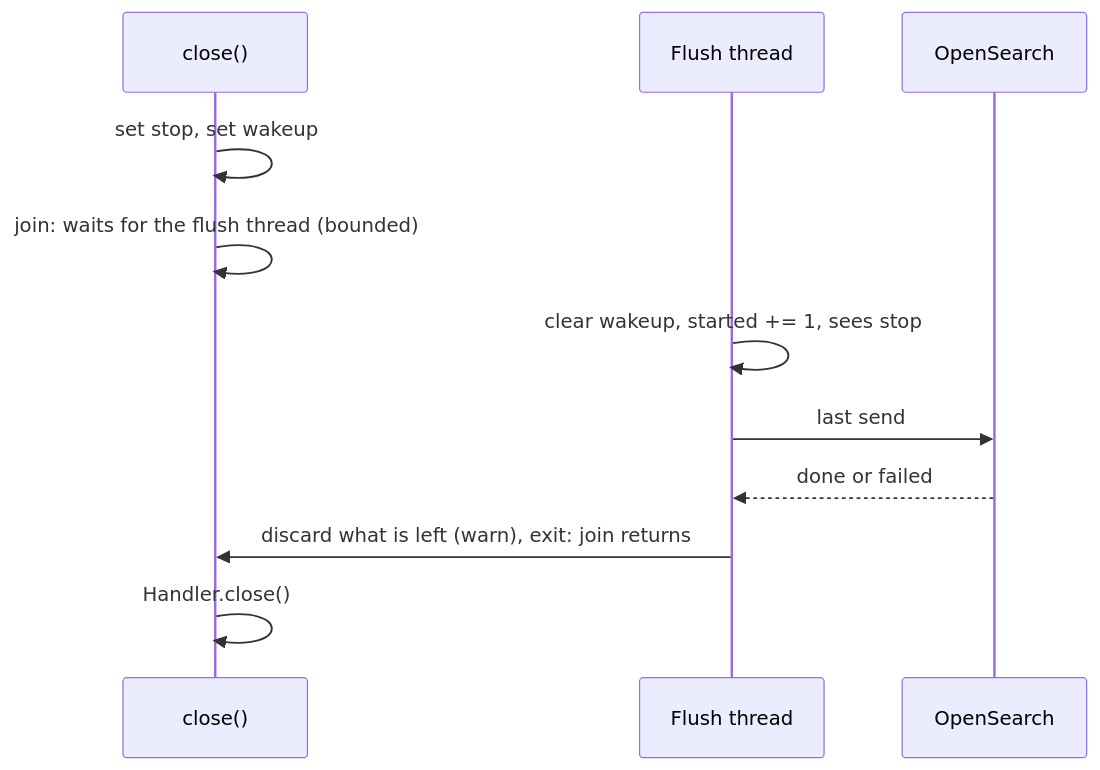
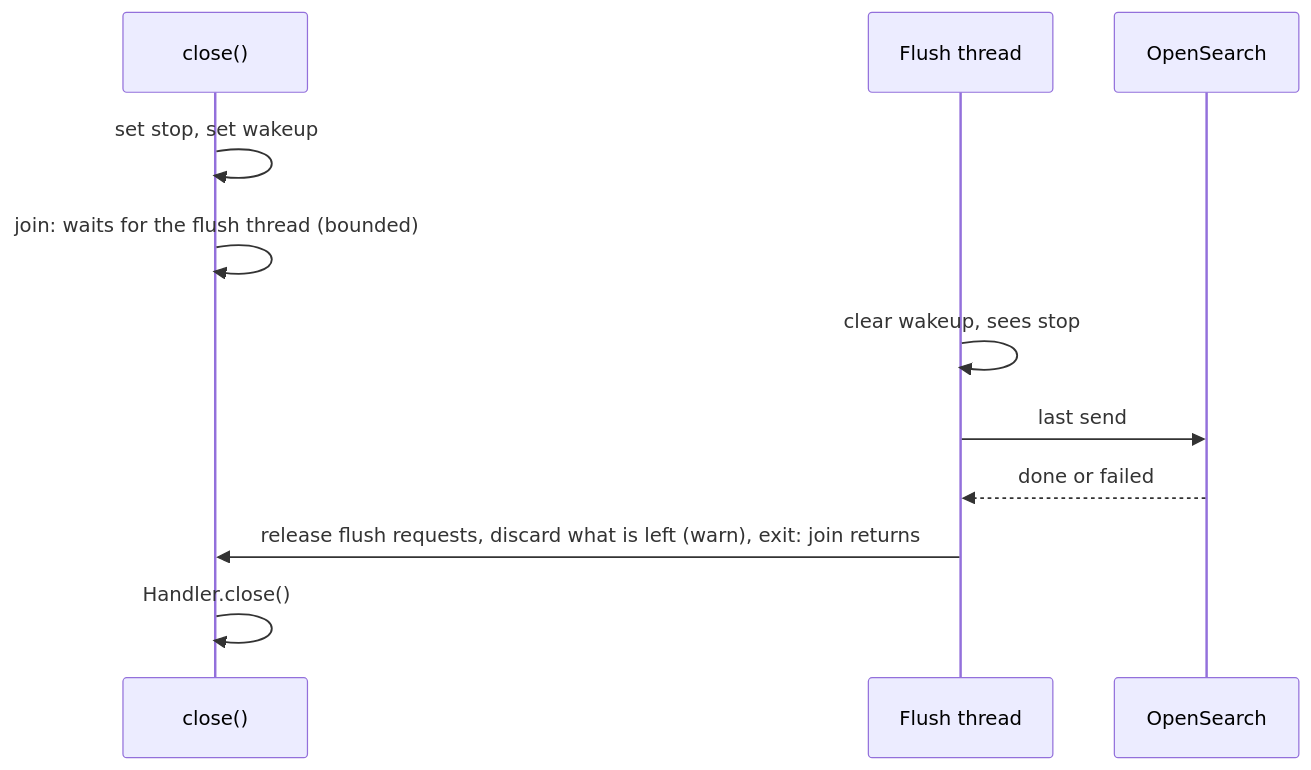
One commit to canonical/opensearch-client changed the second of 2 diagrams in docs/explanation/log-handler-concurrency.md. Above: the diagram before and after it, drawn with Mermaid. The commit also changed other lines of this file and 2 other files, not shown here.

Commit message:
log handler: restore the 'waitlist' flush model

````diff
--- a/docs/explanation/log-handler-concurrency.md
+++ b/docs/explanation/log-handler-concurrency.md
@@ -103,13 +117,13 @@
 ```mermaid
 sequenceDiagram
     participant Caller as close()
     participant Flush as Flush thread
     participant OS as OpenSearch
     Caller->>Caller: set stop, set wakeup
     Caller->>Caller: join: waits for the flush thread (bounded)
-    Flush->>Flush: clear wakeup, started += 1, sees stop
+    Flush->>Flush: clear wakeup, sees stop
     Flush->>OS: last send
     OS-->>Flush: done or failed
-    Flush->>Caller: discard what is left (warn), exit: join returns
+    Flush->>Caller: release flush requests, discard what is left (warn), exit: join returns
     Caller->>Caller: Handler.close()
 ```
````
